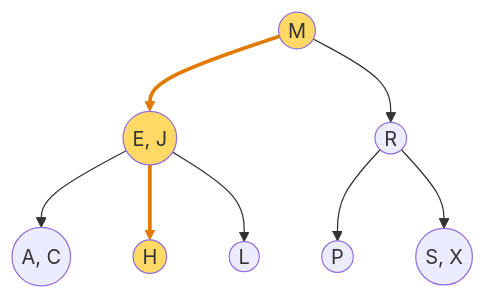
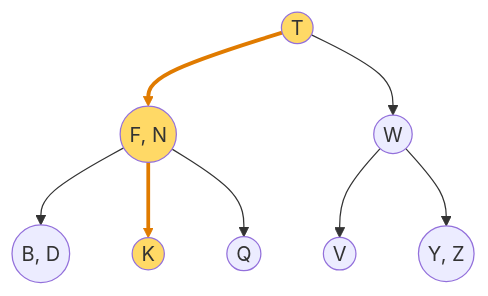
Before and after one commit to tmtxt/tmtxt.github.com: the second of 5 diagrams in _drafts/2018-09-24-2-3-search-trees.md, drawn with Mermaid. The commit also changed other lines of this file, not shown here.

```diff
--- a/_drafts/2018-09-24-2-3-search-trees.md
+++ b/_drafts/2018-09-24-2-3-search-trees.md
@@ -114,16 +114,16 @@
 <div class="mermaid">
 graph TD
-  M((M)) --> EJ(("E, J"))
-  M --> R((R))
-  EJ --> AC(("A, C"))
-  EJ --> H((H))
-  EJ --> L((L))
-  R --> P((P))
-  R --> SX(("S, X"))
+  T((T)) --> FN(("F, N"))
+  T --> W((W))
+  FN --> BD(("B, D"))
+  FN --> K((K))
+  FN --> Q((Q))
+  W --> V((V))
+  W --> YZ(("Y, Z"))
 
-  style M fill:#ffd966
-  style EJ fill:#ffd966
-  style H fill:#ffd966
+  style T fill:#ffd966
+  style FN fill:#ffd966
+  style K fill:#ffd966
   linkStyle 0 stroke:#e07b00,stroke-width:3px
   linkStyle 3 stroke:#e07b00,stroke-width:3px
 </div>
```
